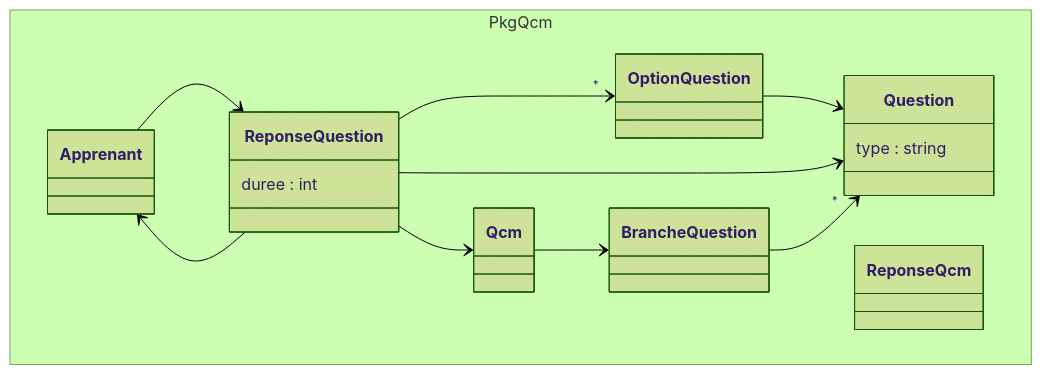
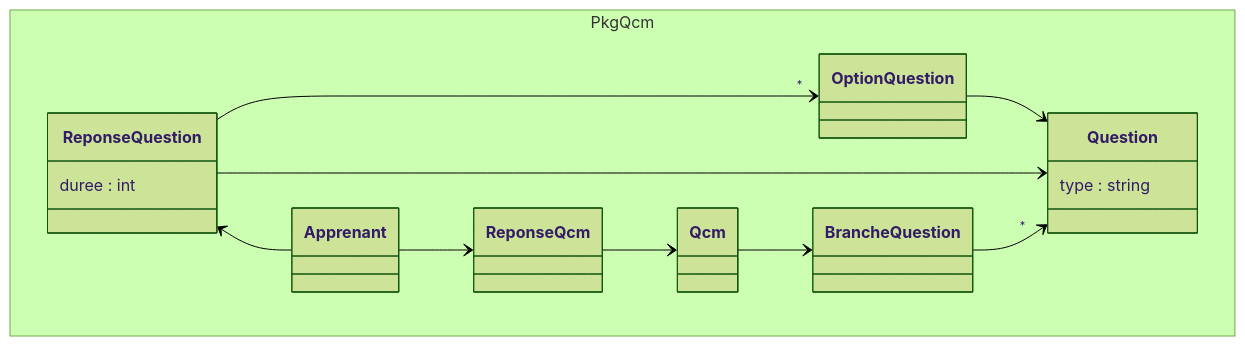
Before and after one commit to ZOUBAIRDouae/soli-lms_modelisation: the diagram in PkgQcm/classes_PkgQcm.mmd, drawn with Mermaid (forest theme). The commit also changed 1 other file, not shown here.

```diff
--- a/PkgQcm/classes_PkgQcm.mmd
+++ b/PkgQcm/classes_PkgQcm.mmd
@@ -1,31 +1,32 @@
 classDiagram
 
 namespace PkgQcm {
   class Apprenant 
   class Qcm
   class Question
   class OptionQuestion
   class ReponseQcm
   class ReponseQuestion
   class BrancheQuestion
 }
 
 %% type : Choix unique , choix multiple
 class Question{
   type : string 
 
 
 }
 
 class ReponseQuestion {
   duree : int
 }
 
-Apprenant --> ReponseQuestion
-ReponseQuestion --> Qcm
+
 OptionQuestion --> Question
 ReponseQuestion --> Question
 BrancheQuestion --> "*" Question
-ReponseQuestion --> Apprenant
+ReponseQuestion <-- Apprenant
 ReponseQuestion --> "*" OptionQuestion
 Qcm --> BrancheQuestion
+Apprenant --> ReponseQcm
+ReponseQcm --> Qcm
```
